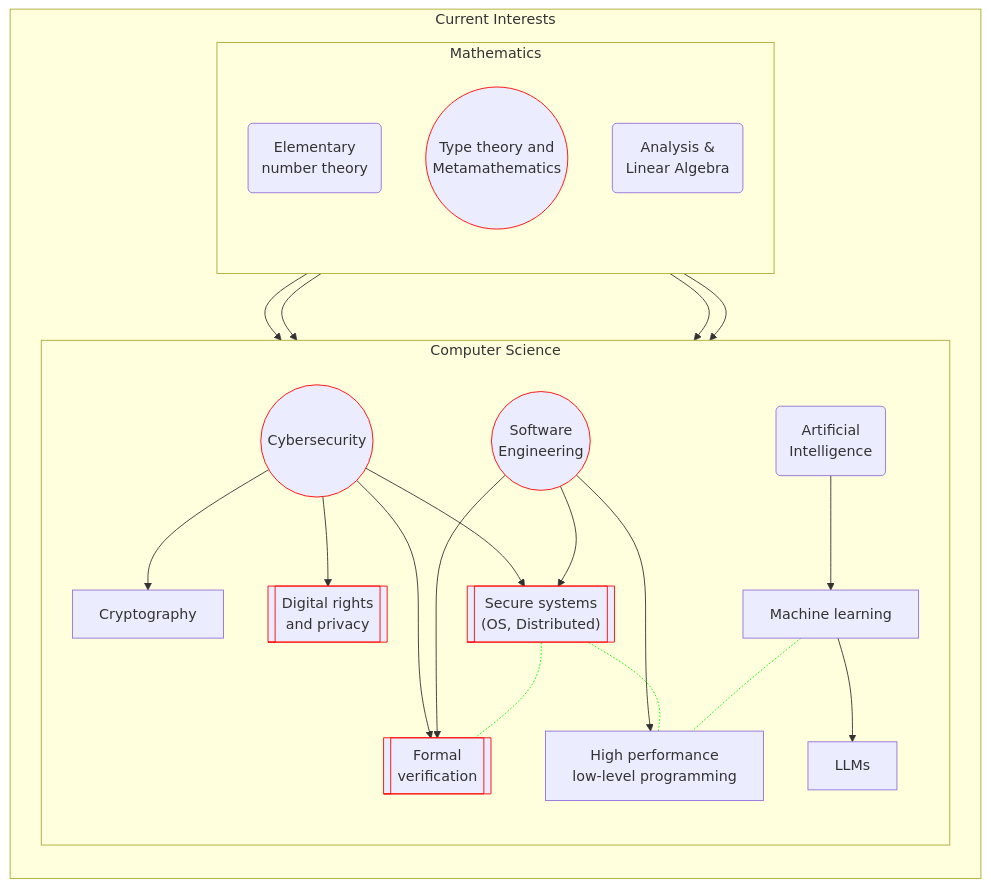
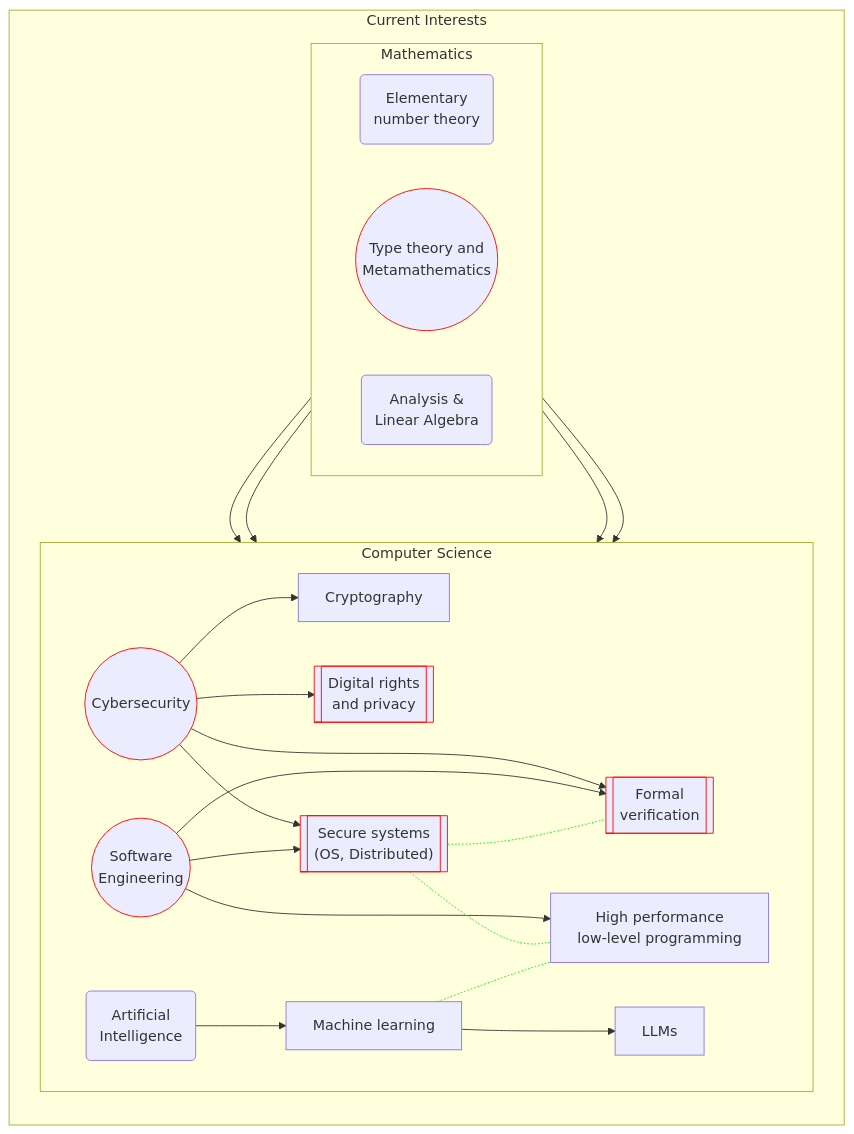
The diagram in README.md (guanyuming-he/guanyuming-he), drawn with Mermaid before and after one commit.

````diff
--- a/README.md
+++ b/README.md
@@ -5,51 +5,51 @@
 ```mermaid
 flowchart LR
 	subgraph "Current Interests"
 		direction TB
 		%% Primary general topic, general topic, primary subtopic, subtopic,
 		%% respectively
 		classDef gen-pri	shape:dbl-circ,stroke:#f00
 		classDef gen		shape:circle
 		classDef sub-pri	shape:subproc,stroke:#f00
 		classDef sub		shape:rect
 	
 		%% Left side: CS
 		subgraph "Computer Science"
-			direction TB
+			direction LR
 			%% General directions
 			CY((Cybersecurity)):::gen-pri
 			SE((Software\n Engineering)):::gen-pri
 			AI(Artificial\n Intelligence):::gen
 	
 			%% Cybersecurity branches
 			CY --> CR[Cryptography]:::sub
 			CY --> DR[["Digital rights\n and privacy"]]:::sub-pri
 			CY --> SS[["Secure systems\n (OS, Distributed)"]]:::sub-pri
 			CY --> FV[["Formal \nverification"]]:::sub-pri
 			SE --> SS
 			SE --> FV
 			SE --> HP["High performance \n low-level programming"]:::sub
 			AI --> ML["Machine learning"]:::sub -->
 			LLM["LLMs"]:::sub
 	
 			SS -.- HP
 			ML -.- HP
 			SS -.- FV
 			%% Change link color
 			linkStyle 9,10,11 stroke:#0f0 
 		end
 	
 		%% Right side: Math
 		subgraph Mathematics
-			direction BT
+			direction RL
 			EN(Elementary \nnumber theory):::gen
 			TT((Type theory and\n Metamathematics)):::gen-pri
 			AL(Analysis & \nLinear Algebra):::gen
 	
 			EN --> CR
 			TT --> FV
 			AL --> ML
 			AL --> HP
 		end
 	end
 ```
````
